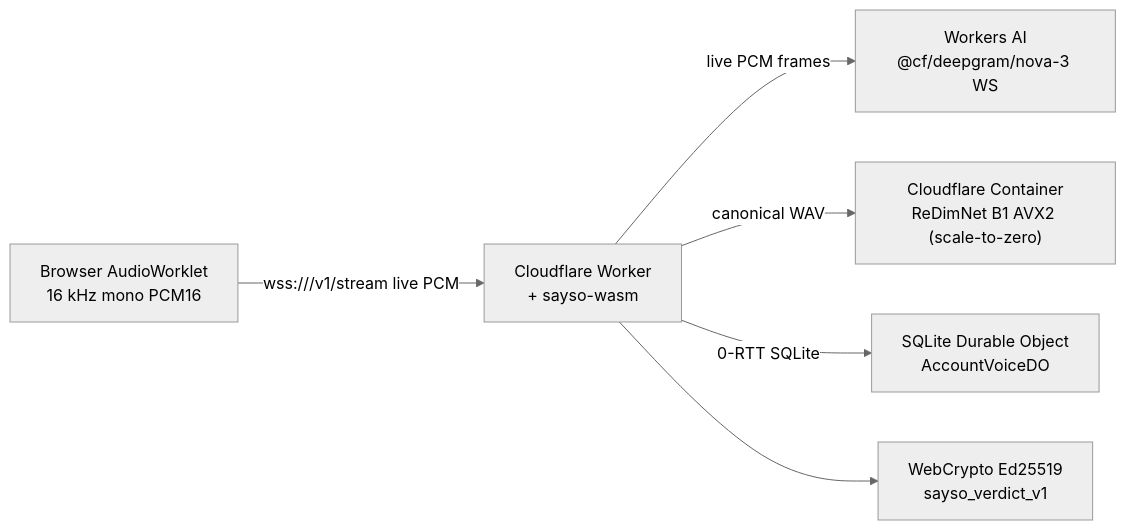
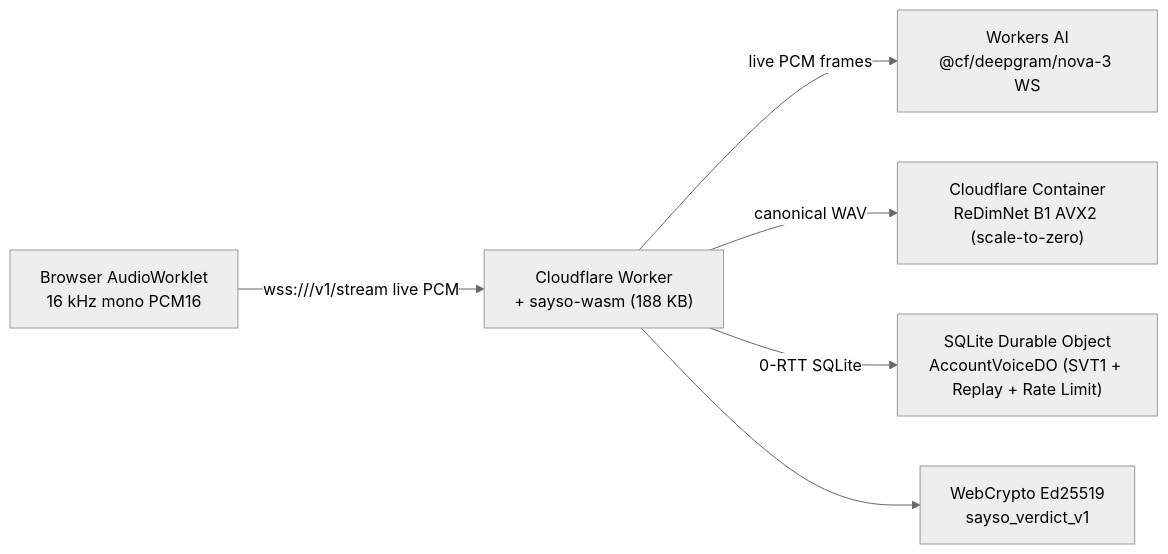
Before and after one commit to seams-tech/say-so: the diagram in README.md, drawn with Mermaid (neutral theme). The commit also changed other lines of this file and 25 other files, not shown here.

Commit message:
Harden enrollment auth, replay guard, rate limits, speaker-service cleanup, pnpm dev, and CI

````diff
--- a/README.md
+++ b/README.md
@@ -13,15 +13,15 @@
 ```mermaid
 flowchart LR
   Mic["Browser AudioWorklet<br/>16 kHz mono PCM16"]
-  Worker["Cloudflare Worker<br/>+ sayso-wasm"]
+  Worker["Cloudflare Worker<br/>+ sayso-wasm (188 KB)"]
   Nova["Workers AI<br/>@cf/deepgram/nova-3 WS"]
   Speaker["Cloudflare Container<br/>ReDimNet B1 AVX2 (scale-to-zero)"]
-  DO["SQLite Durable Object<br/>AccountVoiceDO"]
+  DO["SQLite Durable Object<br/>AccountVoiceDO (SVT1 + Replay + Rate Limit)"]
   Sign["WebCrypto Ed25519<br/>sayso_verdict_v1"]
 
   Mic -->|"wss:///v1/stream live PCM"| Worker
   Worker -->|"live PCM frames"| Nova
   Worker -->|"canonical WAV"| Speaker
   Worker -->|"0-RTT SQLite"| DO
   Worker --> Sign
 ```
````
